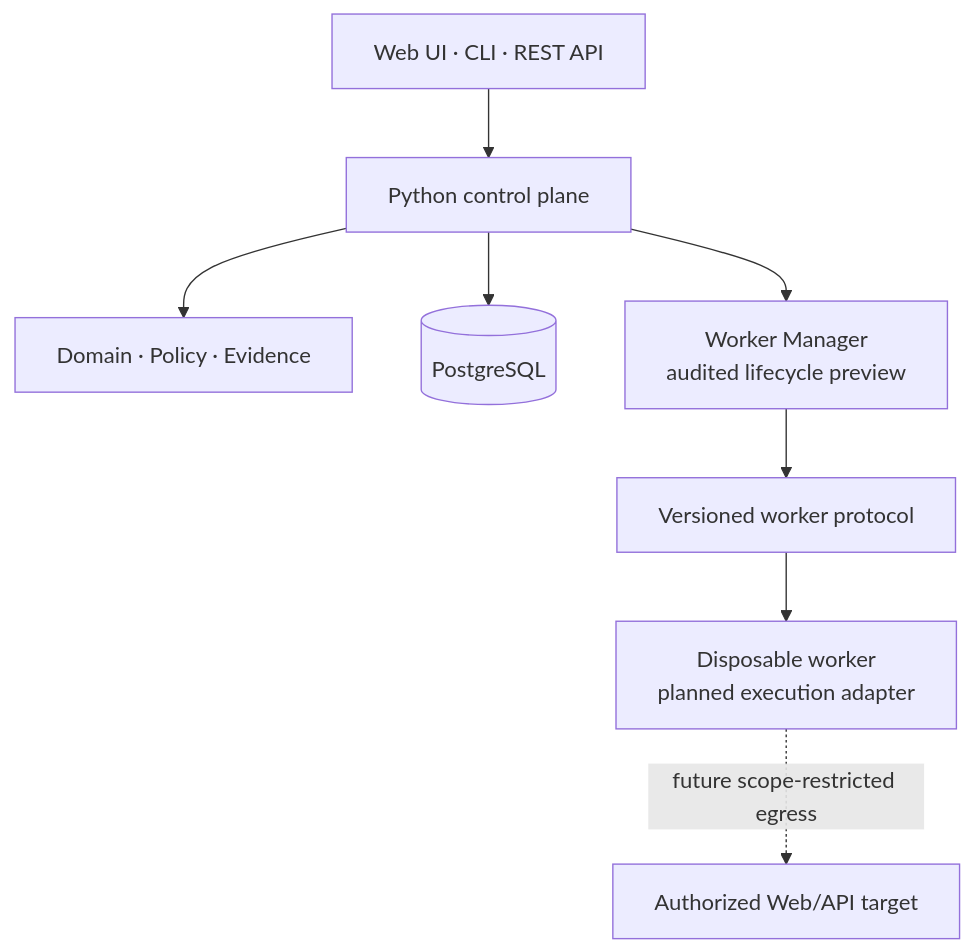
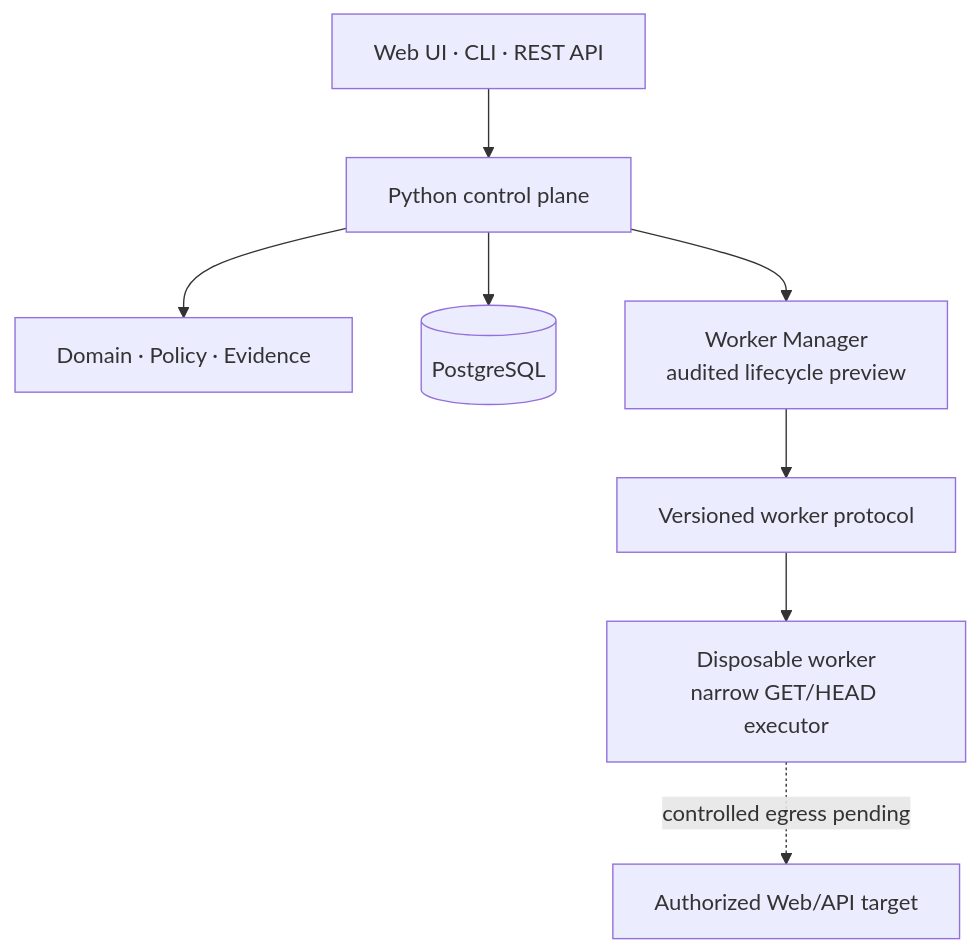
Before and after one commit to and910805/vuln-proof-claw: the diagram in README.md, drawn with Mermaid. The commit also changed other lines of this file and 29 other files, not shown here.

````diff
--- a/README.md
+++ b/README.md
@@ -147,10 +147,10 @@
 ```mermaid
 flowchart TD
     Clients["Web UI · CLI · REST API"] --> Control["Python control plane"]
     Control --> Domain["Domain · Policy · Evidence"]
     Control --> Database[("PostgreSQL")]
     Control --> Manager["Worker Manager<br/>audited lifecycle preview"]
     Manager --> Protocol["Versioned worker protocol"]
-    Protocol --> Worker["Disposable worker<br/>planned execution adapter"]
-    Worker -. "future scope-restricted egress" .-> Target["Authorized Web/API target"]
+    Protocol --> Worker["Disposable worker<br/>narrow GET/HEAD executor"]
+    Worker -. "controlled egress pending" .-> Target["Authorized Web/API target"]
 ```
````
